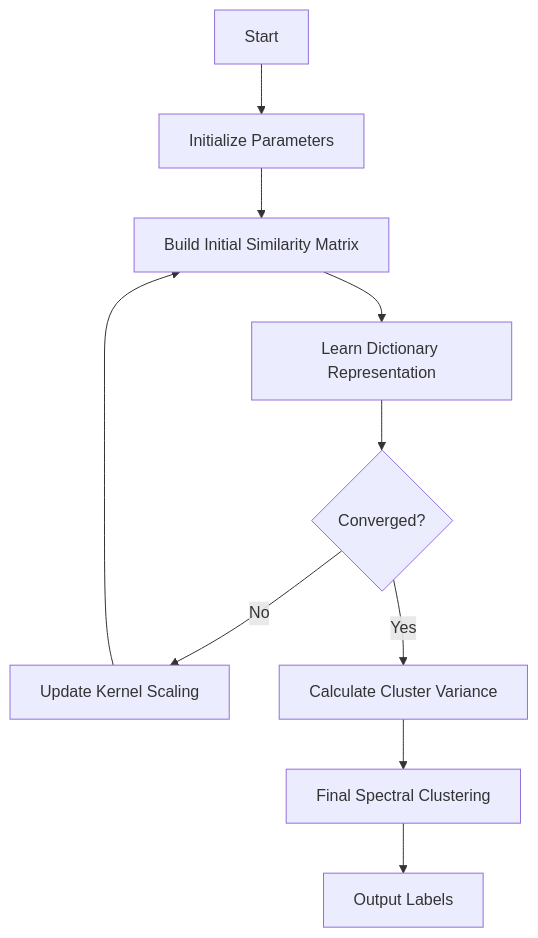
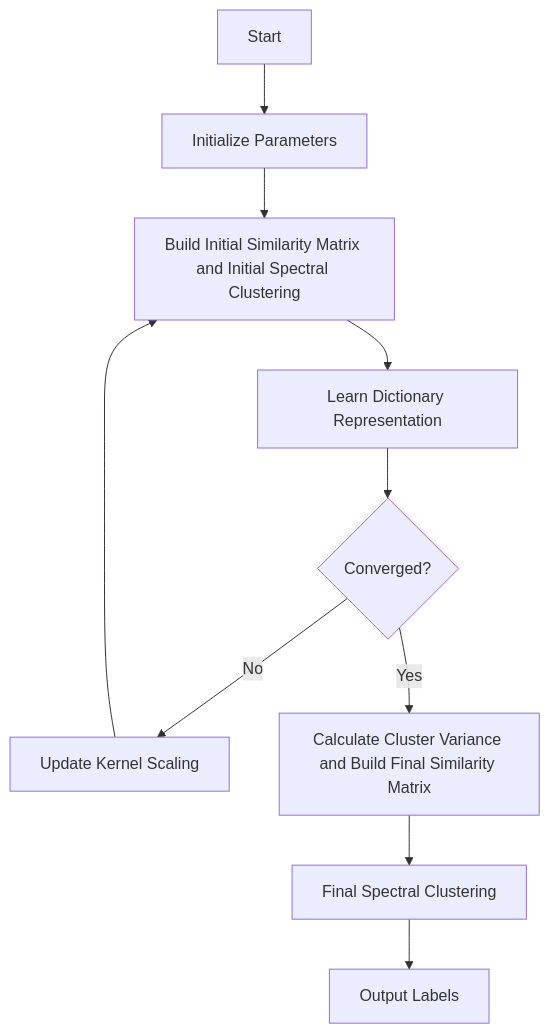
Before and after one commit to xianzeqiang/Adaptive-Spectral-Clustering: the diagram in README.md, drawn with Mermaid.

````diff
--- a/README.md
+++ b/README.md
@@ -83,12 +83,12 @@
 ```mermaid
 flowchart TD
     A[Start] --> B[Initialize Parameters]
-    B --> C[Build Initial Similarity Matrix]
+    B --> C[Build Initial Similarity Matrix and Initial Spectral Clustering]
     C --> D[Learn Dictionary Representation]
     D --> E{Converged?}
     E -->|No| F[Update Kernel Scaling]
     F --> C
-    E --> |Yes|G[Calculate Cluster Variance]
+    E --> |Yes|G[Calculate Cluster Variance and Build Final Similarity Matrix]
     G --> H[Final Spectral Clustering]
     H --> I[Output Labels]
 ```
````
